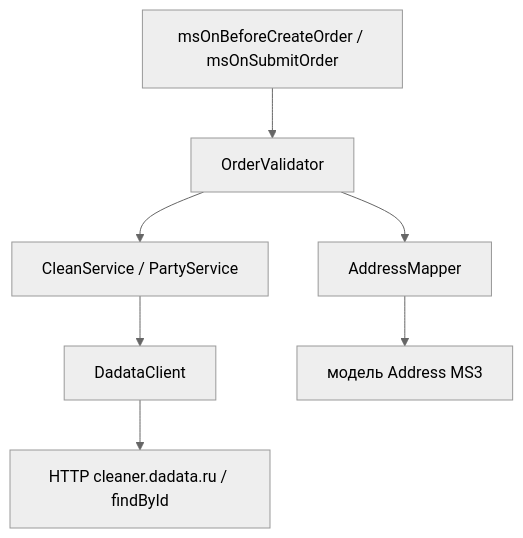
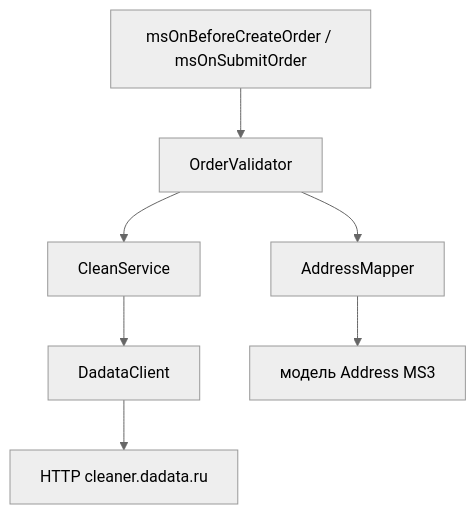
One commit to modx-pro/Docs changed the second of 3 diagrams in docs/components/mxdadata/integration.md. Above: the diagram before and after it, drawn with Mermaid (neutral theme). The commit also changed other lines of this file and 102 other files, not shown here.

````diff
--- a/docs/components/mxdadata/integration.md
+++ b/docs/components/mxdadata/integration.md
@@ -24,9 +24,9 @@
 ```mermaid
 flowchart TD
   P[msOnBeforeCreateOrder / msOnSubmitOrder] --> V[OrderValidator]
-  V --> S[CleanService / PartyService]
+  V --> S[CleanService]
   S --> DC[DadataClient]
-  DC --> API[HTTP cleaner.dadata.ru / findById]
+  DC --> API[HTTP cleaner.dadata.ru]
   V --> AM[AddressMapper]
   AM --> AD[модель Address MS3]
 ```
````
